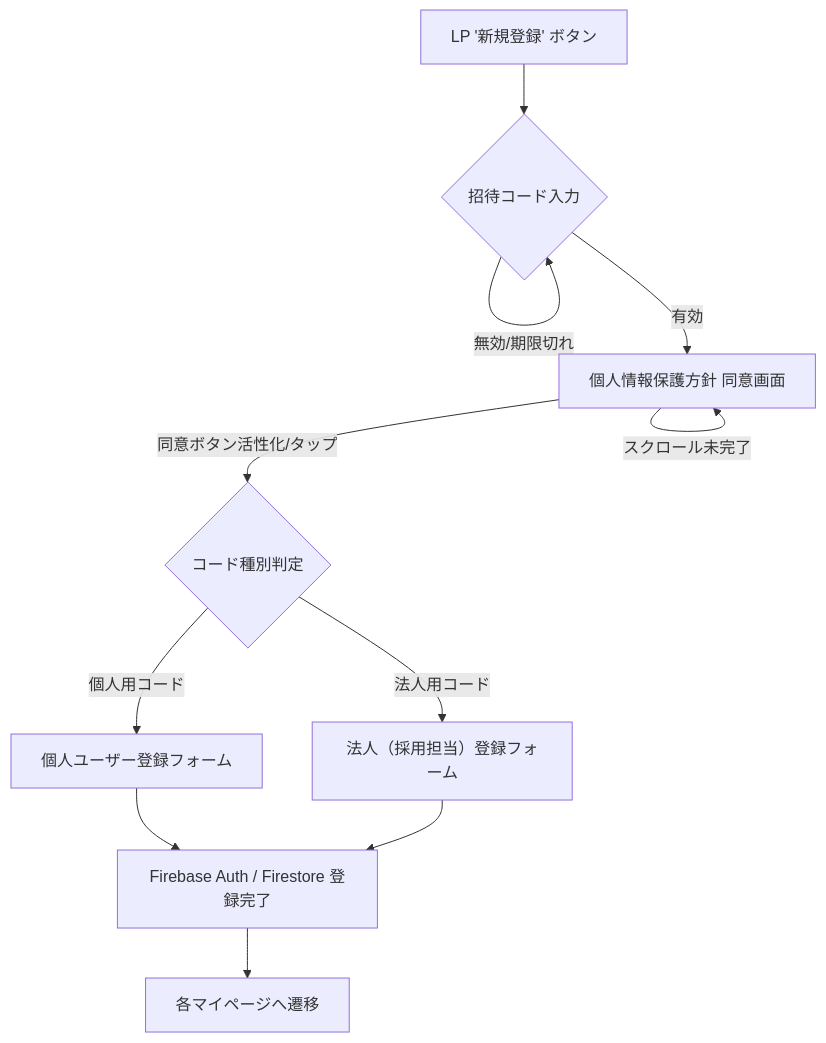
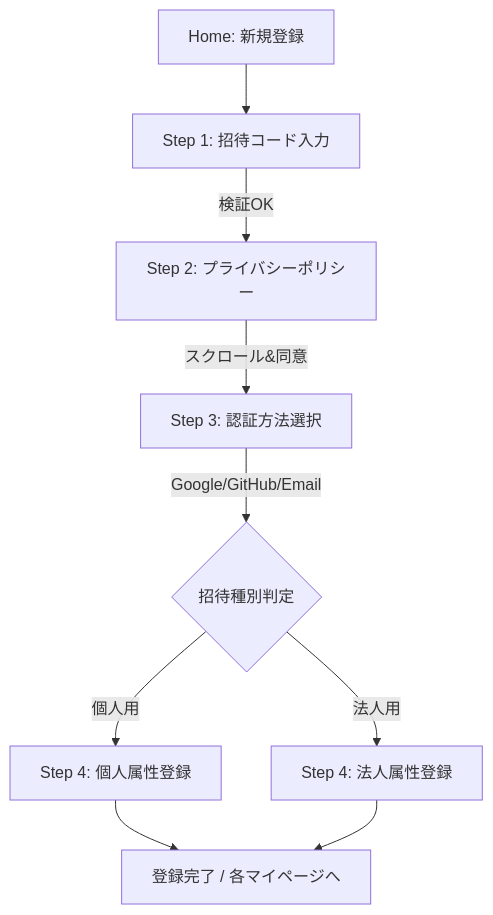
Before and after one commit to yama-0t0k0/forAgent: the diagram in docs/registration_flow_design.md, drawn with Mermaid. The commit also changed other lines of this file and 10 other files, not shown here.

Commit message:
feat(registration): complete phase 1 of invitation-based registration flow

````diff
--- a/docs/registration_flow_design.md
+++ b/docs/registration_flow_design.md
@@ -13,13 +13,11 @@
 ```mermaid
 graph TD
-    A[LP '新規登録' ボタン] --> B{招待コード入力}
-    B -- 無効/期限切れ --> B
-    B -- 有効 --> C[個人情報保護方針 同意画面]
-    C -- スクロール未完了 --> C
-    C -- 同意ボタン活性化/タップ --> D{コード種別判定}
-    D -- 個人用コード --> E[個人ユーザー登録フォーム]
-    D -- 法人用コード --> F[法人（採用担当）登録フォーム]
-    E --> G[Firebase Auth / Firestore 登録完了]
-    F --> G
-    G --> H[各マイページへ遷移]
+    A[Home: 新規登録] --> B[Step 1: 招待コード入力]
+    B -- 検証OK --> C[Step 2: プライバシーポリシー]
+    C -- スクロール&同意 --> D[Step 3: 認証方法選択]
+    D -- Google/GitHub/Email --> E{招待種別判定}
+    E -- 個人用 --> F[Step 4: 個人属性登録]
+    E -- 法人用 --> G[Step 4: 法人属性登録]
+    F --> H[登録完了 / 各マイページへ]
+    G --> H
 ```
````
